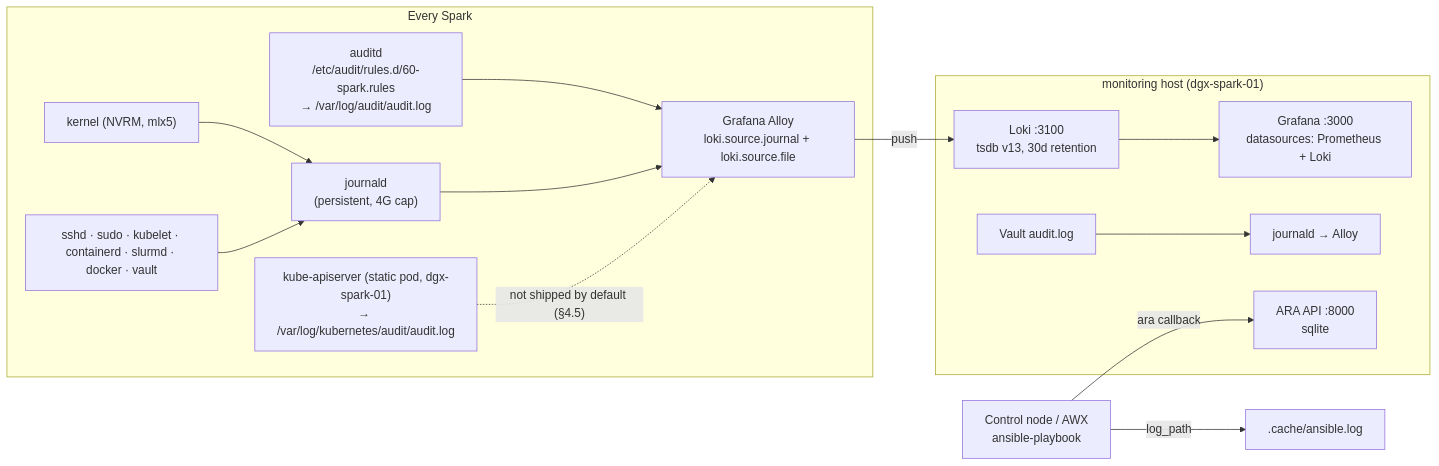
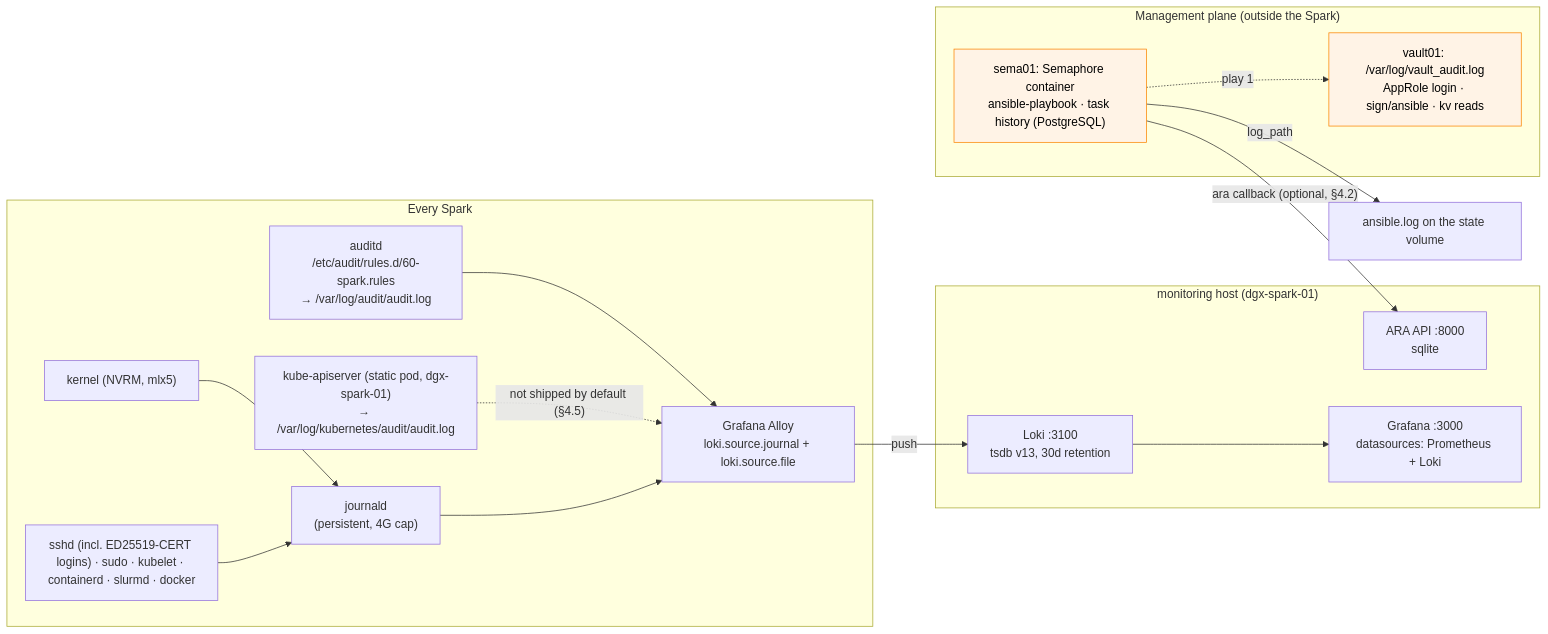
Before and after one commit to cloudone365/technical-depth: the diagram in 01 Ansible/23-high-cardinality-logging-and-audit-compliance.md, drawn with Mermaid. The commit also changed other lines of this file and 37 other files, not shown here.

First line of the commit message:
Docs: Semaphore + vault01 management plane, dgx-spark-01 as a target

````diff
--- a/01 Ansible/23-high-cardinality-logging-and-audit-compliance.md
+++ b/01 Ansible/23-high-cardinality-logging-and-audit-compliance.md
@@ -28,20 +30,26 @@
 ```mermaid
 flowchart LR
   subgraph NODES["Every Spark"]
     AU["auditd<br/>/etc/audit/rules.d/60-spark.rules<br/>→ /var/log/audit/audit.log"] --> AL
     K["kernel (NVRM, mlx5)"] --> J
-    SVC["sshd · sudo · kubelet · containerd · slurmd · docker · vault"] --> J
+    SVC["sshd (incl. ED25519-CERT logins) · sudo · kubelet · containerd · slurmd · docker"] --> J
     KA["kube-apiserver (static pod, dgx-spark-01)<br/>→ /var/log/kubernetes/audit/audit.log"] -.->|"not shipped by default (§4.5)"| AL
     J["journald<br/>(persistent, 4G cap)"] --> AL["Grafana Alloy<br/>loki.source.journal + loki.source.file"]
   end
   subgraph MON["monitoring host (dgx-spark-01)"]
     LOKI["Loki :3100<br/>tsdb v13, 30d retention"]
     ARA["ARA API :8000<br/>sqlite"]
     GRAF["Grafana :3000<br/>datasources: Prometheus + Loki"]
-    VA["Vault audit.log"] --> J2["journald → Alloy"]
+  end
+  subgraph MP["Management plane (outside the Spark)"]
+    CN["sema01: Semaphore container<br/>ansible-playbook · task history (PostgreSQL)"]
+    VA["vault01: /var/log/vault_audit.log<br/>AppRole login · sign/ansible · kv reads"]
   end
   AL -->|push| LOKI
-  CN["Control node / AWX<br/>ansible-playbook"] -->|"ara callback"| ARA
-  CN -->|"log_path"| LOG[".cache/ansible.log"]
+  CN -->|"ara callback (optional, §4.2)"| ARA
+  CN -->|"log_path"| LOG["ansible.log on the state volume"]
+  CN -. "play 1" .-> VA
   LOKI --> GRAF
+  classDef mgmt fill:#fff3e6,stroke:#fb8500,color:#000
+  class CN,VA mgmt
 ```
````
